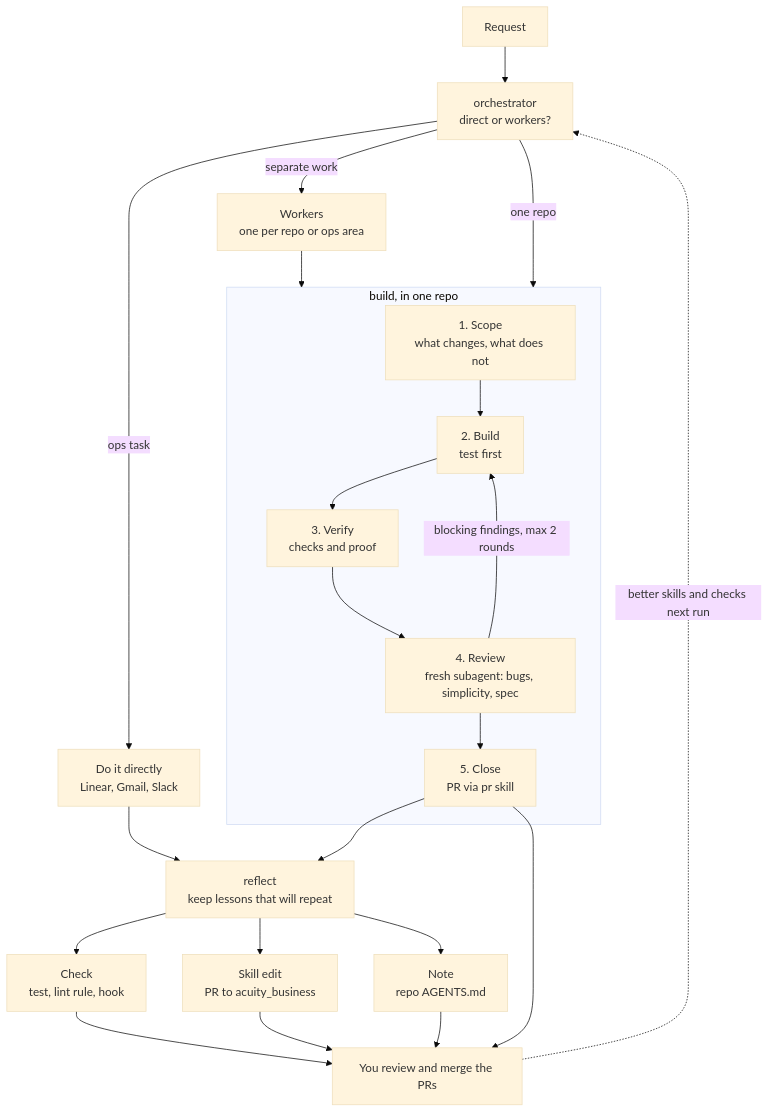
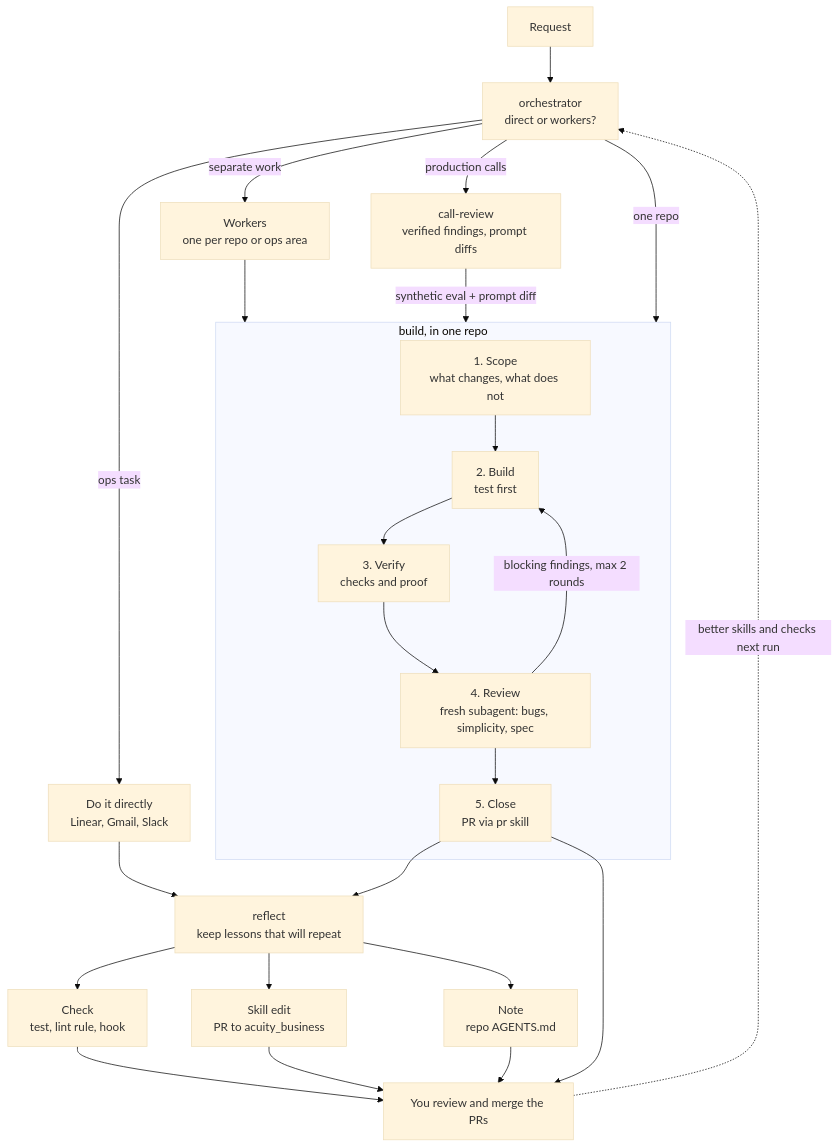
Before and after one commit to chasef07/acuity_business: the diagram in README.md, drawn with Mermaid (base theme). The commit also changed other lines of this file and 5 other files, not shown here.

Commit message:
feat: add call-review skill for production Abita calls

````diff
--- a/README.md
+++ b/README.md
@@ -8,28 +8,30 @@
 ```mermaid
 flowchart TD
     REQ["Request"] --> ORC["orchestrator<br/>direct or workers?"]
     ORC -->|"ops task"| OPS["Do it directly<br/>Linear, Gmail, Slack"]
     ORC -->|"one repo"| BUILD
     ORC -->|"separate work"| WRK["Workers<br/>one per repo or ops area"]
+    ORC -->|"production calls"| CALLS["call-review<br/>verified findings, prompt diffs"]
     WRK --> BUILD
+    CALLS -->|"synthetic eval + prompt diff"| BUILD
 
     subgraph BUILD["build, in one repo"]
         SCOPE["1. Scope<br/>what changes, what does not"] --> CODE["2. Build<br/>test first"]
         CODE --> VERIFY["3. Verify<br/>checks and proof"]
         VERIFY --> REVIEW["4. Review<br/>fresh subagent: bugs, simplicity, spec"]
         REVIEW -->|"blocking findings, max 2 rounds"| CODE
         REVIEW --> CLOSE["5. Close<br/>PR via pr skill"]
     end
 
     OPS --> REFLECT
     CLOSE --> REFLECT["reflect<br/>keep lessons that will repeat"]
     REFLECT --> CHECK["Check<br/>test, lint rule, hook"]
     REFLECT --> SKILL["Skill edit<br/>PR to acuity_business"]
     REFLECT --> NOTE["Note<br/>repo AGENTS.md"]
 
     CLOSE --> YOU["You review and merge the PRs"]
     CHECK --> YOU
     SKILL --> YOU
     NOTE --> YOU
     YOU -.->|"better skills and checks next run"| ORC
 ```
````
